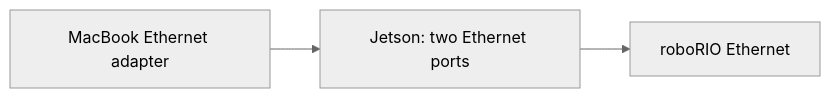
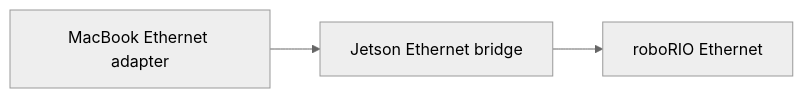
The third of 3 diagrams in apps/docs/src/content/docs/operator/robot-integration-session.md (team581/spot), drawn with Mermaid (neutral theme) before and after one commit. The commit also changed other lines of this file and 15 other files, not shown here.

Commit message:
Bridge Ethernet ports behind shared network settings

````diff
--- a/apps/docs/src/content/docs/operator/robot-integration-session.md
+++ b/apps/docs/src/content/docs/operator/robot-integration-session.md
@@ -95,5 +101,5 @@
 ```mermaid
 flowchart LR
-  M[MacBook Ethernet adapter] --> J[Jetson: two Ethernet ports]
+  M[MacBook Ethernet adapter] --> J[Jetson Ethernet bridge]
   J --> R[roboRIO Ethernet]
 ```
````
